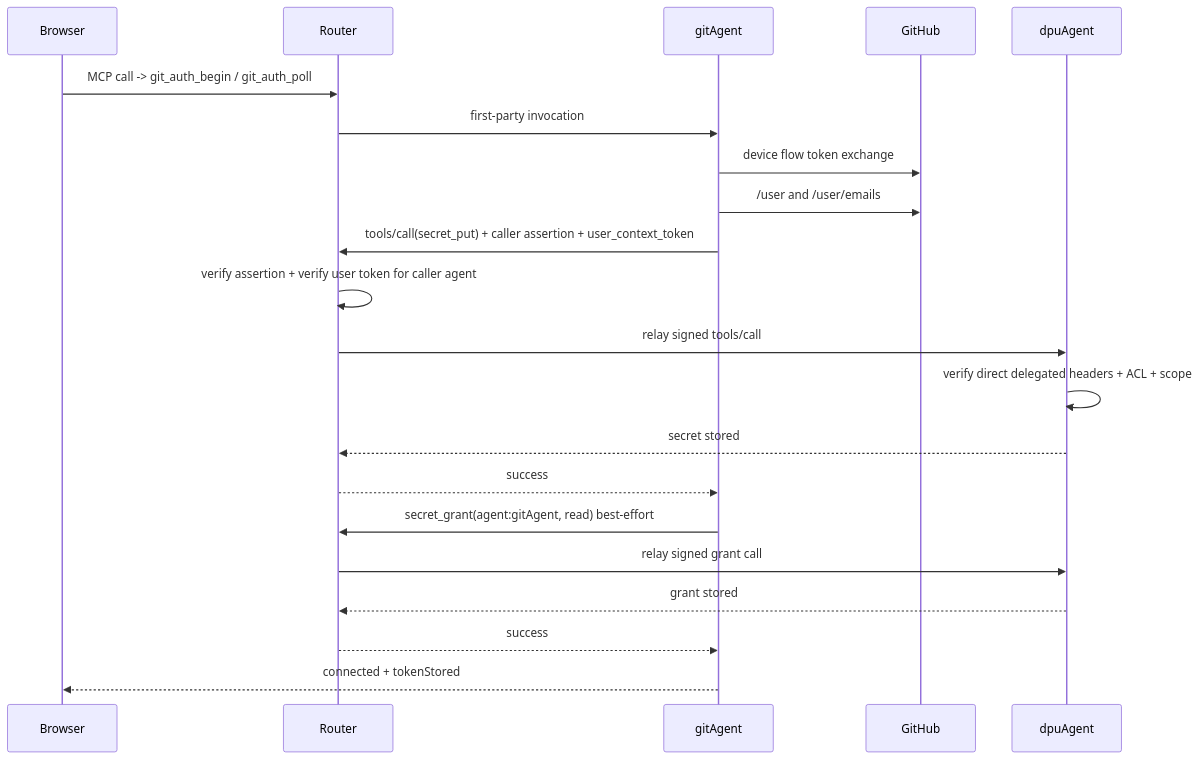
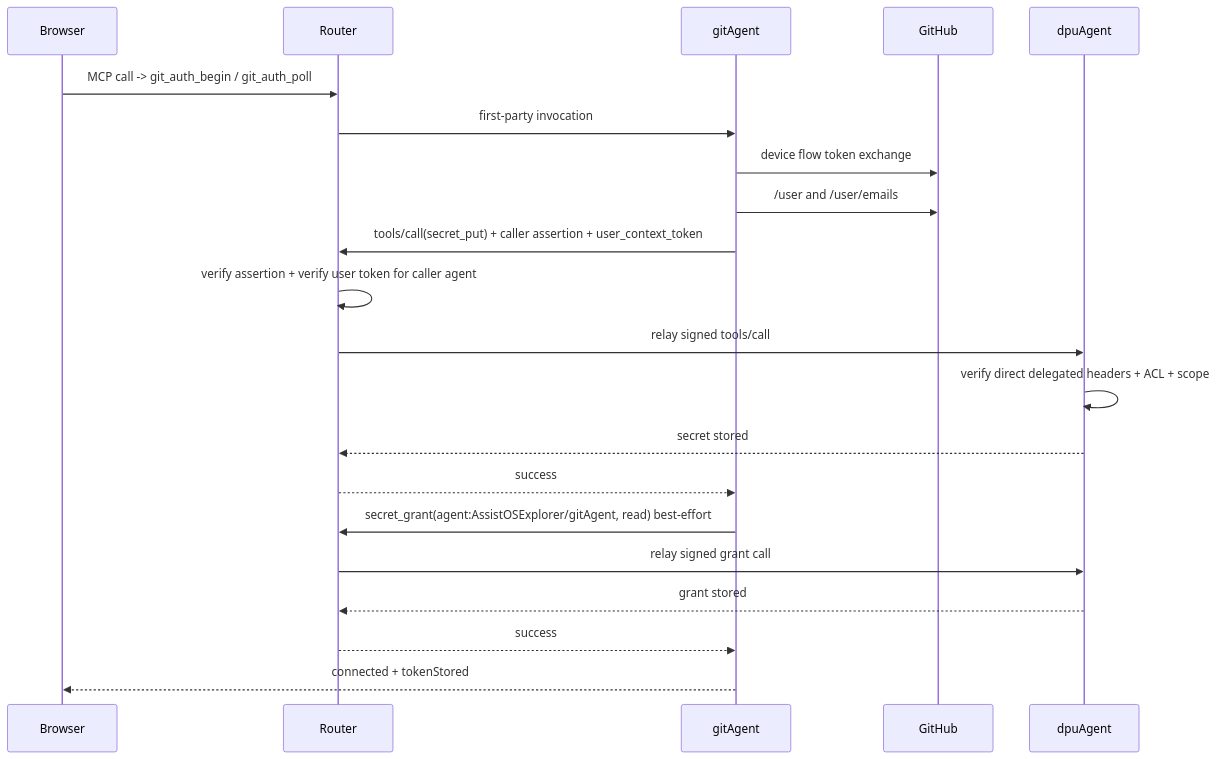
The second of 3 diagrams in current-architecture-login-secret-flows.md (PloinkyRepos/file-parser), drawn with Mermaid before and after one commit. The commit also changed other lines of this file and 3 other files, not shown here.

````diff
--- a/current-architecture-login-secret-flows.md
+++ b/current-architecture-login-secret-flows.md
@@ -337,24 +341,24 @@
 ```mermaid
 sequenceDiagram
     participant Browser
     participant Router
     participant Git as gitAgent
     participant GH as GitHub
     participant DPU as dpuAgent
 
     Browser->>Router: MCP call -> git_auth_begin / git_auth_poll
     Router->>Git: first-party invocation
     Git->>GH: device flow token exchange
     Git->>GH: /user and /user/emails
     Git->>Router: tools/call(secret_put) + caller assertion + user_context_token
     Router->>Router: verify assertion + verify user token for caller agent
     Router->>DPU: relay signed tools/call
     DPU->>DPU: verify direct delegated headers + ACL + scope
     DPU-->>Router: secret stored
     Router-->>Git: success
-    Git->>Router: secret_grant(agent:gitAgent, read) best-effort
+    Git->>Router: secret_grant(agent:AssistOSExplorer/gitAgent, read) best-effort
     Router->>DPU: relay signed grant call
     DPU-->>Router: grant stored
     Router-->>Git: success
     Git-->>Browser: connected + tokenStored
 ```
````
